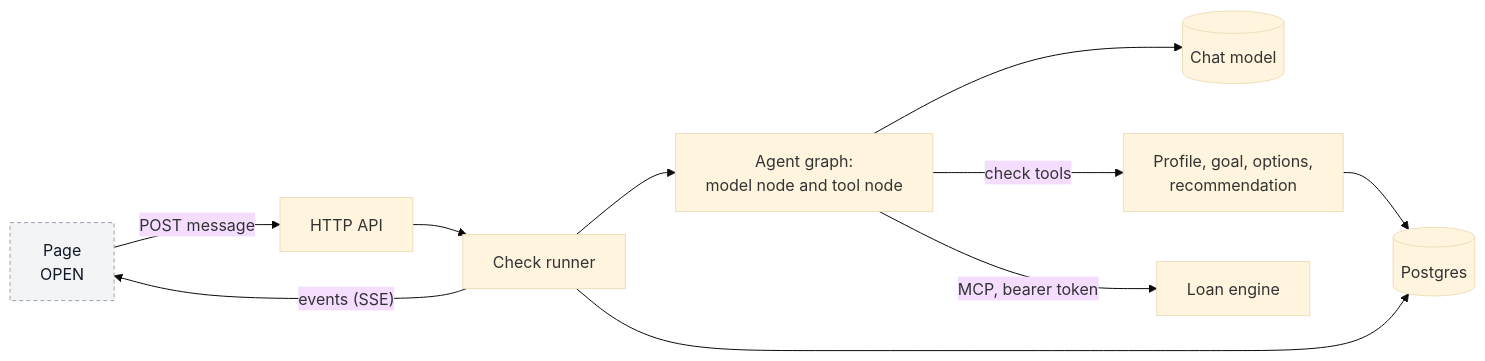
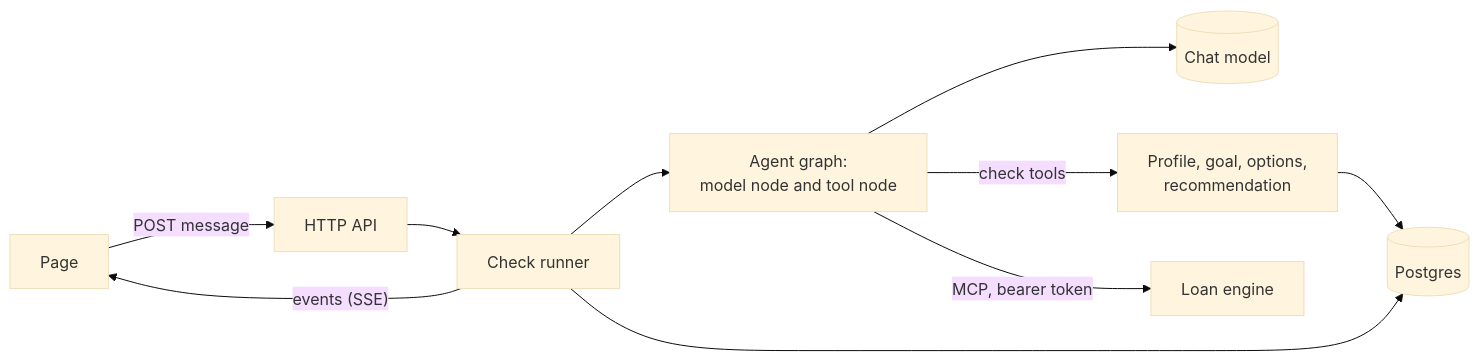
Before and after one commit to erancha/loan-simulator: the diagram in docs/architecture/agent.md, drawn with Mermaid (base theme). The commit also changed other lines of this file and 136 other files, not shown here.

````diff
--- a/docs/architecture/agent.md
+++ b/docs/architecture/agent.md
@@ -12,14 +12,12 @@
 ```mermaid
 flowchart LR
-  P["Page<br/>OPEN"] -->|"POST message"| API[HTTP API]
+  P[Page] -->|"POST message"| API[HTTP API]
   API --> R[Check runner]
   R --> G["Agent graph:<br/>model node and tool node"]
   G --> M[(Chat model)]
   G -->|check tools| T[Profile, goal, options,<br/>recommendation]
   G -->|"MCP, bearer token"| E[Loan engine]
   T --> DB[(Postgres)]
   R --> DB
   R -->|"events (SSE)"| P
-  classDef open fill:#f3f4f6,stroke:#9ca3af,color:#111827,stroke-dasharray: 4 3
-  class P open
 ```
````
